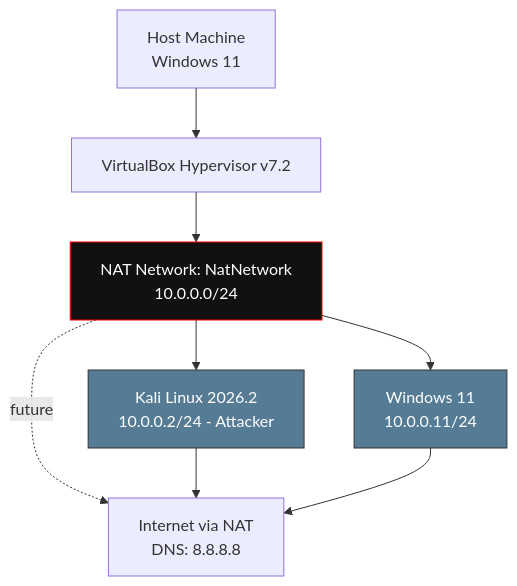
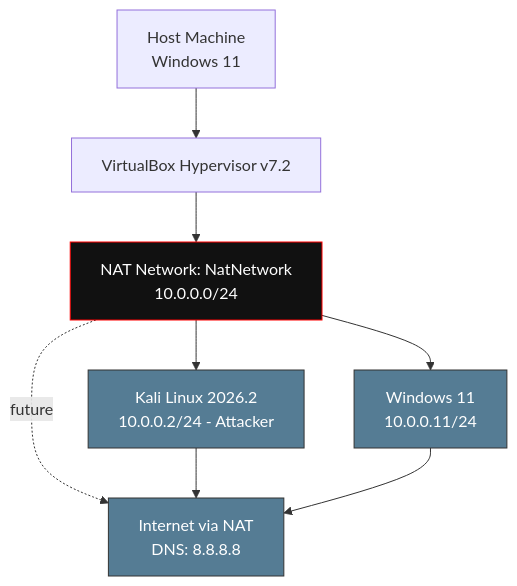
One commit to pratyaychandra/NETWORKWALKS-B083F-WK1-PM1-CYBERSECURITY-LAB-SETUP changed the diagram in README.md. Above: the diagram before and after it, drawn with Mermaid.

Commit message:
README.md

````diff
--- a/README.md
+++ b/README.md
@@ -56,14 +56,15 @@
 ```mermaid
 graph TD
     A[Host Machine<br/>Windows 11] --> B[VirtualBox Hypervisor v7.2]
     B --> C[NAT Network: NatNetwork<br/>10.0.0.0/24]
     C --> D[Kali Linux 2026.2<br/>10.0.0.2/24 - Attacker]
     C --> E[Windows 11<br/>10.0.0.11/24]
-    C -.future.-> F[Target VM Slot<br/>10.0.0.3 - 99]
+    C -.future.->F[Target VM Slot<br/>10.0.0.3 - 99]
     D --> F[Internet via NAT<br/>DNS: 8.8.8.8]
     E --> F[Internet via NAT<br/>DNS: 8.8.8.8]
 
     style D fill:#557C94,stroke:#333,color:#fff
     style E fill:#557C94,stroke:#333,color:#fff
+    style F fill:#557C94,stroke:#333,color:#fff
     style C fill:#111,stroke:#f00,color:#fff
 ```
````
